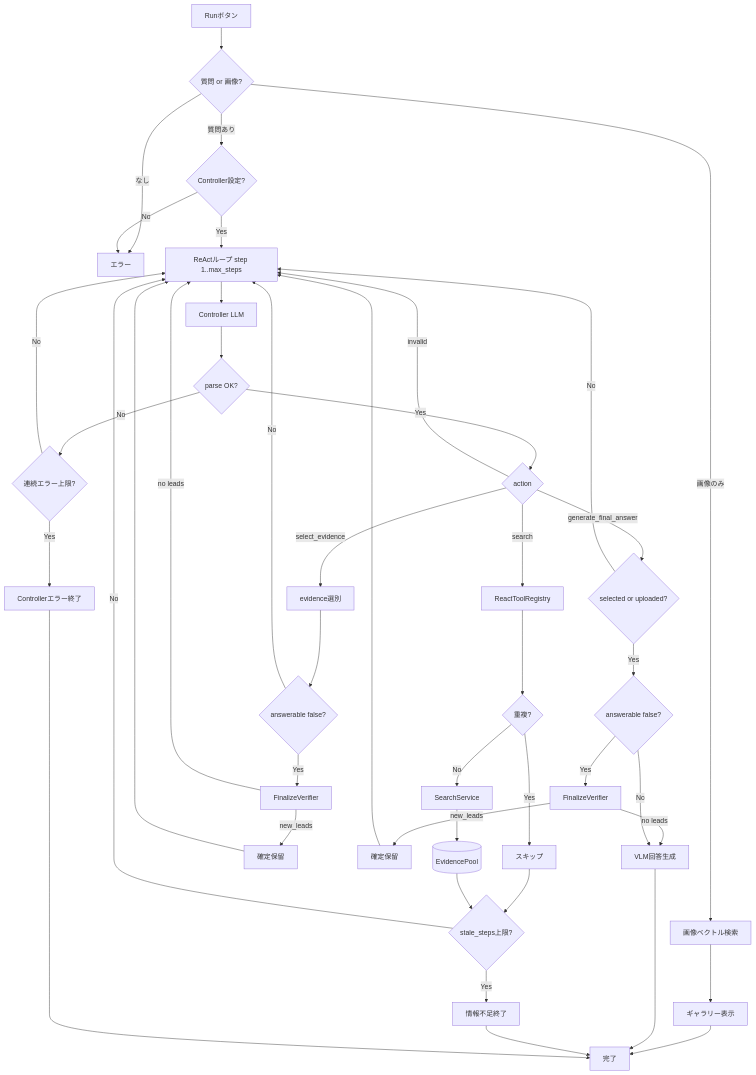
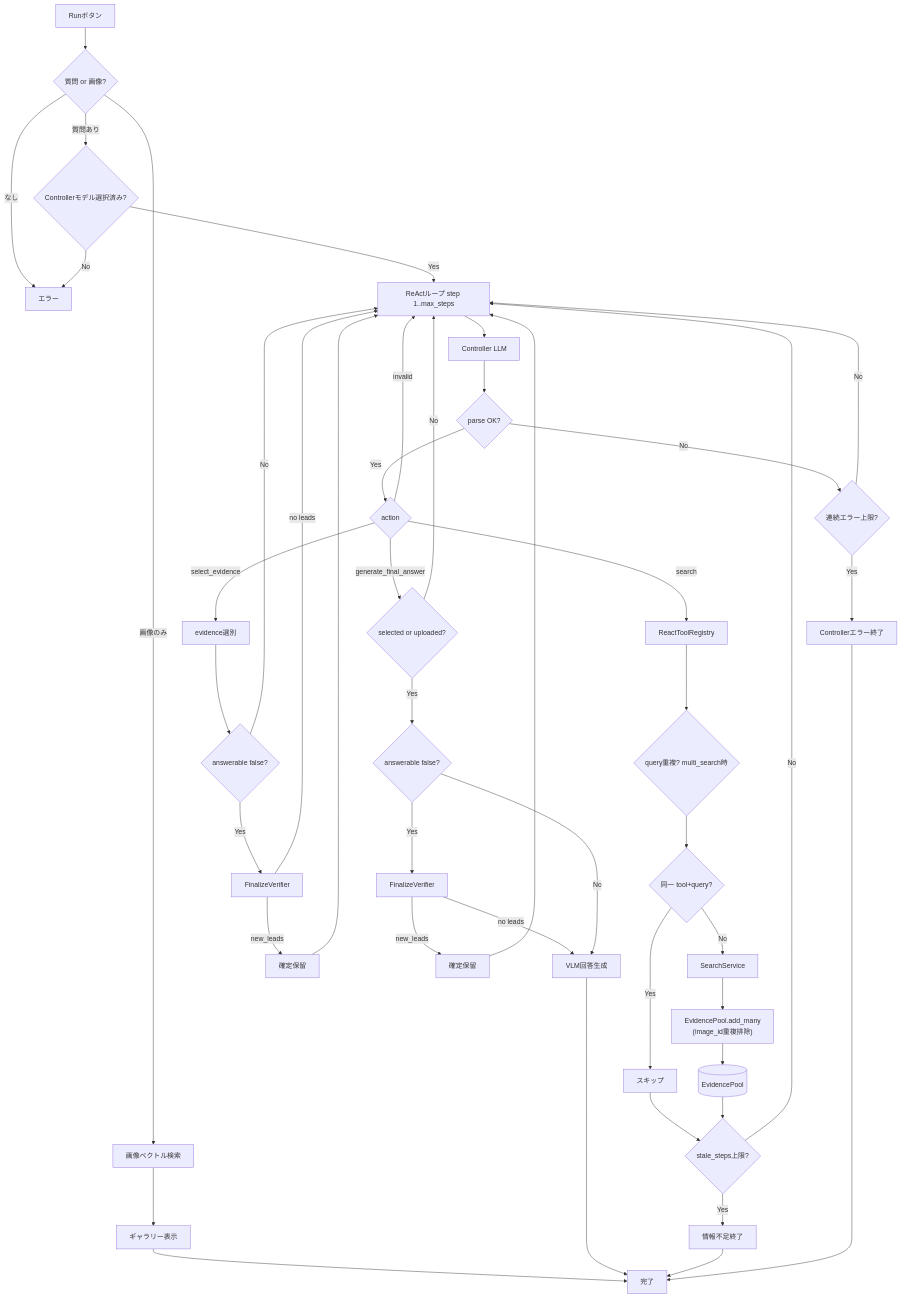
One commit to kutsushitaneko/multimodal_retrieval changed the third of 4 diagrams in README.md. Above: the diagram before and after it, drawn with Mermaid. The commit also changed other lines of this file and 2 other files, not shown here.

````diff
--- a/README.md
+++ b/README.md
@@ -430,45 +445,47 @@
 ```mermaid
 flowchart TD
     Start[Runボタン] --> Gate{質問 or 画像?}
     Gate -->|なし| Err[エラー]
     Gate -->|画像のみ| ImgOnly[画像ベクトル検索]
     ImgOnly --> Gallery[ギャラリー表示]
     Gallery --> End[完了]
-    Gate -->|質問あり| CtrlCheck{Controller設定?}
+    Gate -->|質問あり| CtrlCheck{Controllerモデル選択済み?}
     CtrlCheck -->|No| Err
     CtrlCheck -->|Yes| Loop[ReActループ step 1..max_steps]
     Loop --> Ctrl[Controller LLM]
     Ctrl --> ParseOK{parse OK?}
     ParseOK -->|No| ParseErr{連続エラー上限?}
     ParseErr -->|Yes| MaxErr[Controllerエラー終了]
     ParseErr -->|No| Loop
     ParseOK -->|Yes| Action{action}
     Action -->|search| Search[ReactToolRegistry]
-    Search --> Dedup{重複?}
-    Dedup -->|Yes| Skip[スキップ]
-    Dedup -->|No| SS[SearchService]
-    SS --> Pool[(EvidencePool)]
+    Search --> QueryDedup{"query重複? multi_search時"}
+    QueryDedup --> SearchDedup{"同一 tool+query?"}
+    SearchDedup -->|Yes| Skip[スキップ]
+    SearchDedup -->|No| SS[SearchService]
+    SS --> EvMerge["EvidencePool.add_many\n(image_id重複排除)"]
+    EvMerge --> Pool[(EvidencePool)]
     Skip --> Stale
     Pool --> Stale{stale_steps上限?}
     Stale -->|Yes| Insufficient[情報不足終了]
     Stale -->|No| Loop
     Action -->|select_evidence| Select[evidence選別]
     Select --> Verifier1{answerable false?}
     Verifier1 -->|Yes| FVG1[FinalizeVerifier]
     FVG1 -->|new_leads| Hold1[確定保留]
     Hold1 --> Loop
     FVG1 -->|no leads| Loop
     Verifier1 -->|No| Loop
     Action -->|generate_final_answer| GenCheck{selected or uploaded?}
     GenCheck -->|No| Loop
     GenCheck -->|Yes| Verifier2{answerable false?}
     Verifier2 -->|Yes| FVG2[FinalizeVerifier]
     FVG2 -->|new_leads| Hold2[確定保留]
     Hold2 --> Loop
     FVG2 -->|no leads| VLM[VLM回答生成]
     Verifier2 -->|No| VLM
     VLM --> End
     Action -->|invalid| Loop
     Insufficient --> End
     MaxErr --> End
 ```
````
